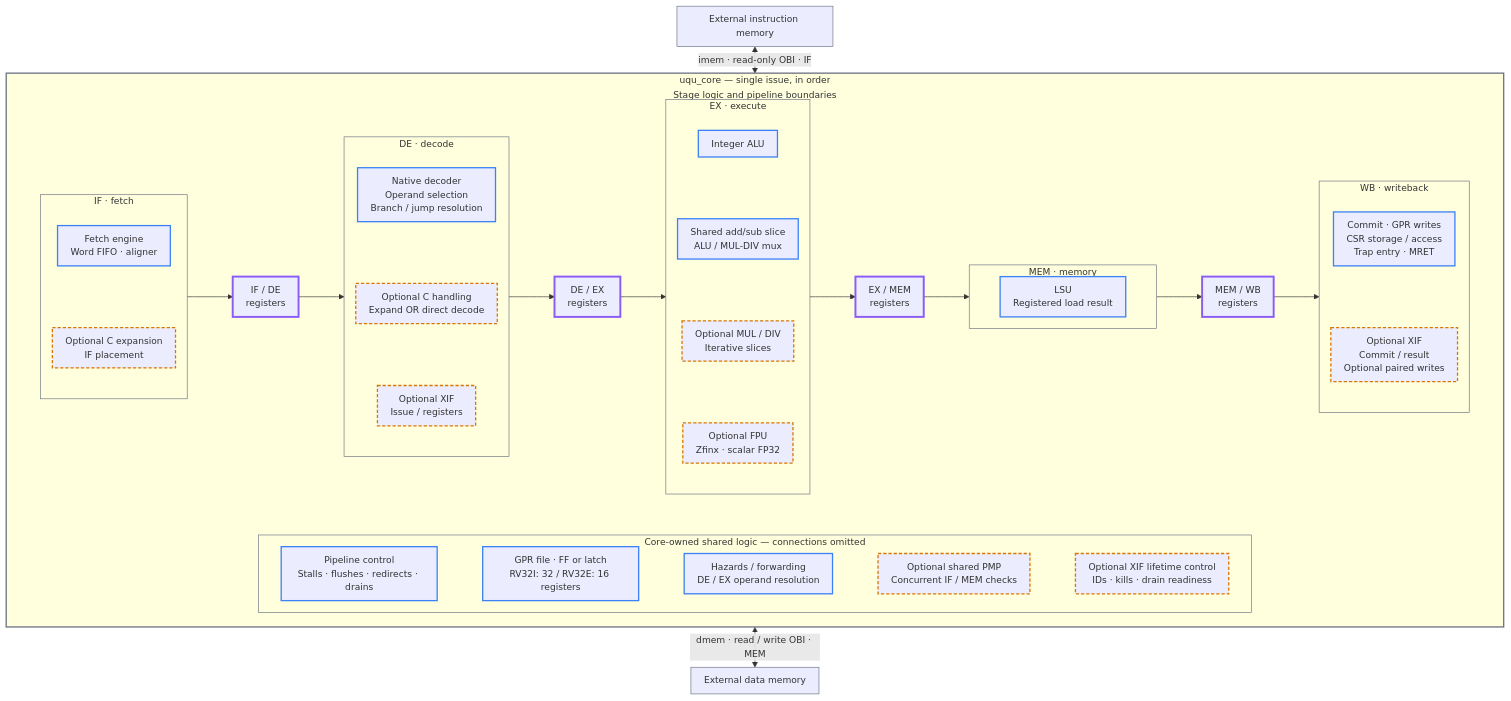
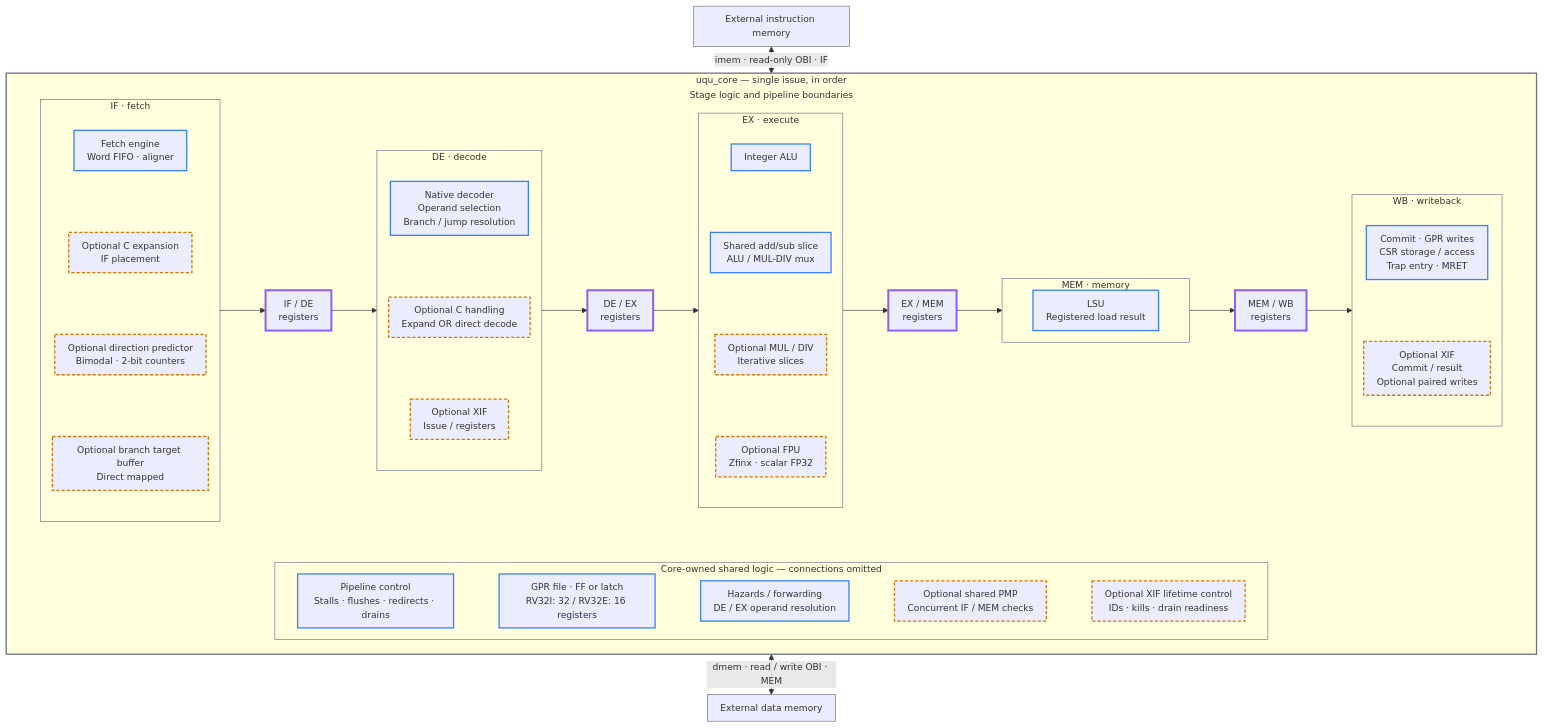
One commit to JoGei/uquintus changed the first of 2 diagrams in README.md. Above: the diagram before and after it, drawn with Mermaid. The commit also changed other lines of this file and 58 other files, not shown here.

Commit message:
add branch prediction unit (bpu) with optional bimodal branch predictor and optional branch target buffer. add component and pipe regression

```diff
--- a/README.md
+++ b/README.md
@@ -34,7 +34,9 @@
                 direction TB
                 FETCH["Fetch engine<br/>Word FIFO · aligner"]
                 C_IF["Optional C expansion<br/>IF placement"]
-                FETCH ~~~ C_IF
+                BP["Optional direction predictor<br/>Bimodal · 2-bit counters"]
+                BTB["Optional branch target buffer<br/>Direct mapped"]
+                FETCH ~~~ C_IF ~~~ BP ~~~ BTB
             end
             IF_DE["IF / DE<br/>registers"]
             subgraph DE["DE · decode"]
@@ -89,7 +91,7 @@
     classDef boundary stroke:#8b5cf6,stroke-width:3px
     classDef external stroke:#6b7280
     class FETCH,DECODE,ALU,ARITH,LSU,COMMIT,CTRL,GPR,HAZARD base
-    class C_IF,C_DE,ISSUE,MULDIV,FPU,RESULT,PMP,XIF optional
+    class C_IF,C_DE,BP,BTB,ISSUE,MULDIV,FPU,RESULT,PMP,XIF optional
     class IF_DE,DE_EX,EX_MEM,MEM_WB boundary
     class IMEM,DMEM external
     style CORE stroke:#6b7280,stroke-width:2px
```
